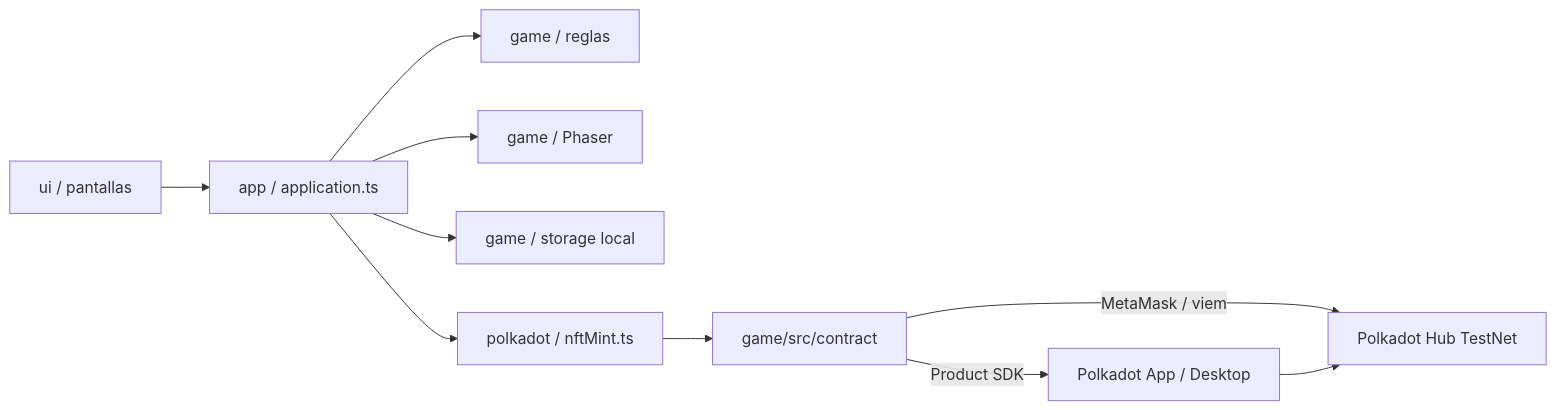
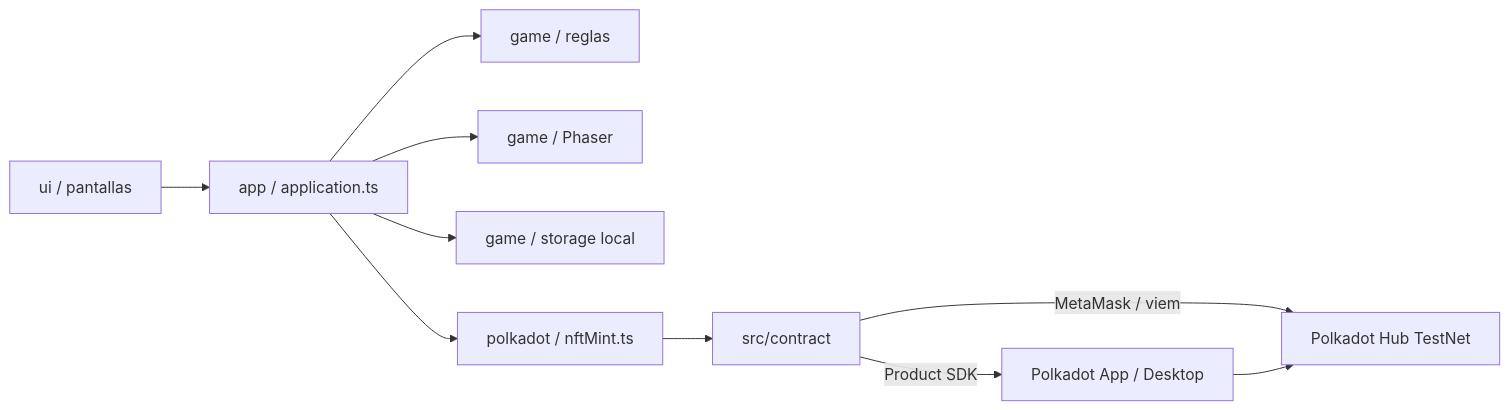
The first of 2 diagrams in docs/ARQUITECTURA.md (DanielR850/Polkadot_Hackaton), drawn with Mermaid before and after one commit. The commit also changed other lines of this file and 25 other files, not shown here.

Commit message:
refactor: consolidate contract client into src

````diff
--- a/docs/ARQUITECTURA.md
+++ b/docs/ARQUITECTURA.md
@@ -52,12 +52,12 @@
 ```mermaid
 flowchart LR
     UI[ui / pantallas] --> APP[app / application.ts]
     APP --> RULES[game / reglas]
     APP --> SCENE[game / Phaser]
     APP --> STORE[game / storage local]
     APP --> PORT[polkadot / nftMint.ts]
-    PORT --> CLIENT[game/src/contract]
+    PORT --> CLIENT[src/contract]
     CLIENT -- MetaMask / viem --> CHAIN[Polkadot Hub TestNet]
     CLIENT -- Product SDK --> HOST[Polkadot App / Desktop]
     HOST --> CHAIN
 ```
````
